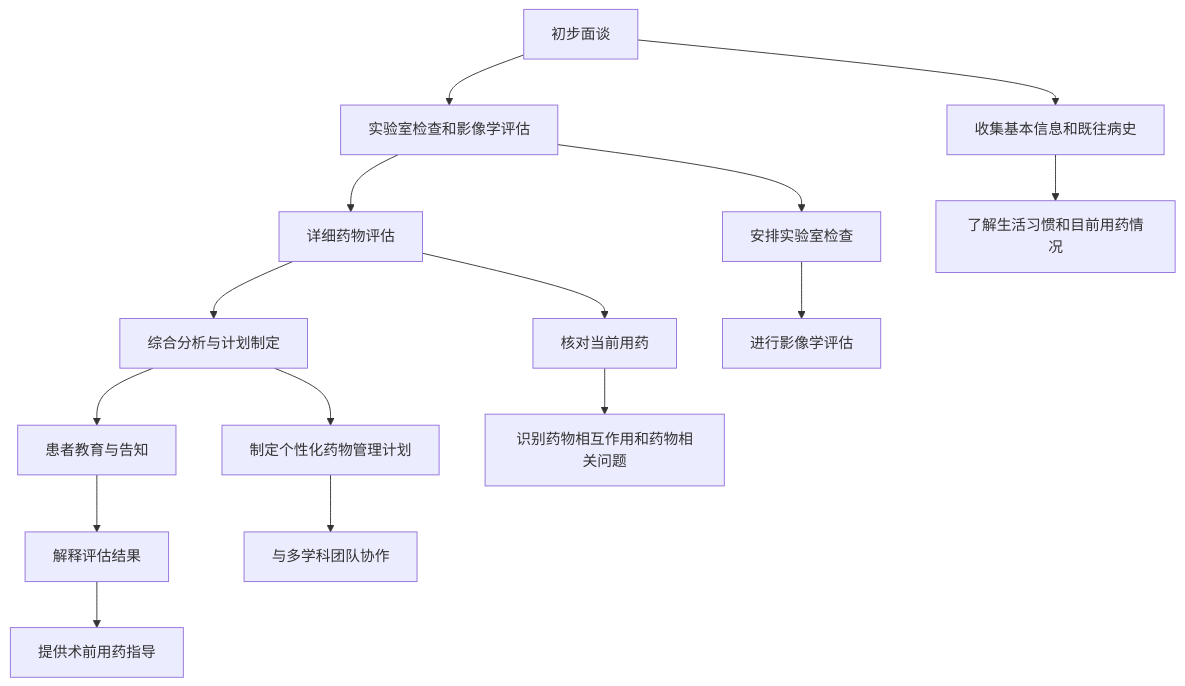
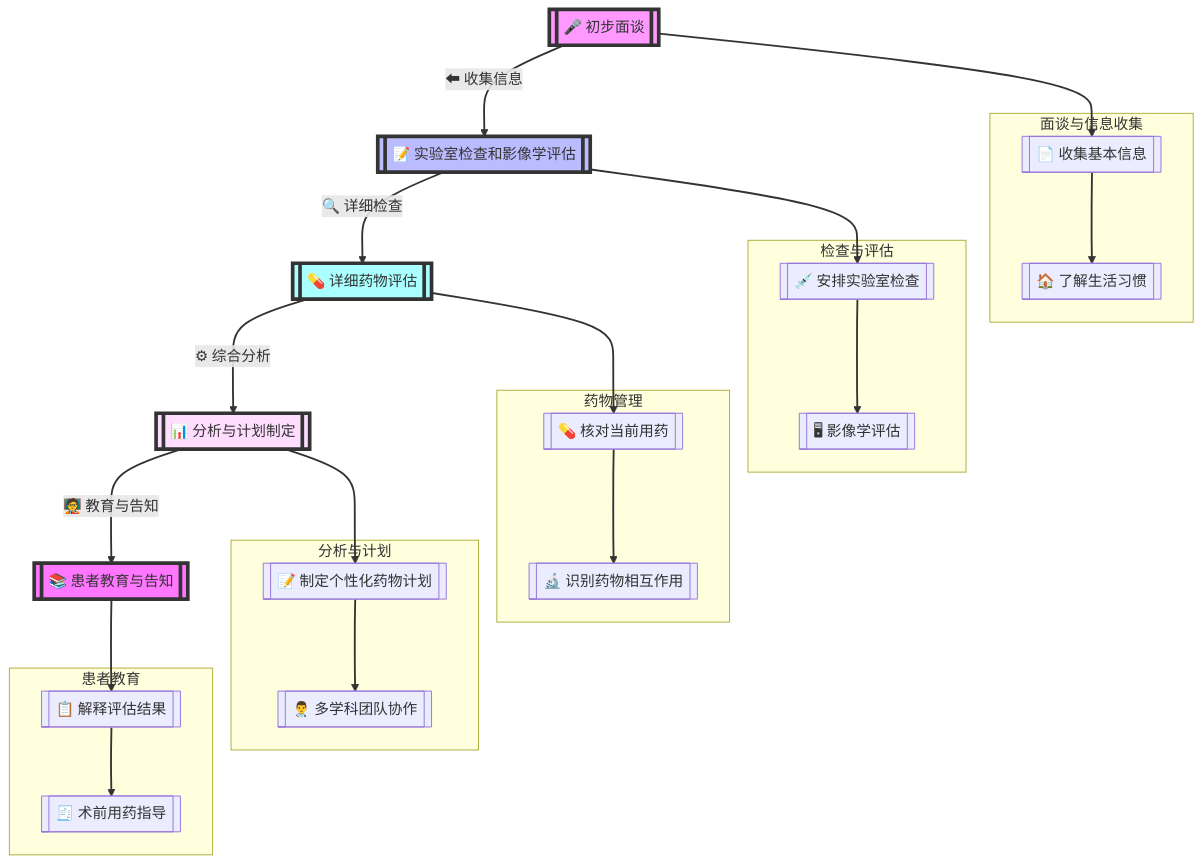
Before and after one commit to Jie-Wang001X/iodraw-files: the diagram in all/未命名.md, drawn with Mermaid.

Commit message:
2024-08-27 13:22:39 update

````diff
--- a/all/未命名.md
+++ b/all/未命名.md
@@ -1,23 +1,50 @@
 ```mermaid
-graph TD
-  A[初步面谈] --> B[实验室检查和影像学评估]
-  B --> C[详细药物评估]
-  C --> D[综合分析与计划制定]
-  D --> E[患者教育与告知]
+flowchart TD
+  A[[🎤 初步面谈]] -->|⬅ 收集信息| B[[📝 实验室检查和影像学评估]]
+  B -->|🔍 详细检查| C[[💊 详细药物评估]]
+  C -->|⚙ 综合分析| D[[📊 分析与计划制定]]
+  D -->|🧑‍🏫 教育与告知| E[[📚 患者教育与告知]]
   
-  A --> A1[收集基本信息和既往病史]
-  A1 --> A2[了解生活习惯和目前用药情况]
+  subgraph 面谈与信息收集
+    A1[[📄 收集基本信息]]
+    A2[[🏠 了解生活习惯]]
+  end
+  A --> A1
+  A1 --> A2
   
-  B --> B1[安排实验室检查]
-  B1 --> B2[进行影像学评估]
+  subgraph 检查与评估
+    B1[[💉 安排实验室检查]]
+    B2[[🖥 影像学评估]]
+  end
+  B --> B1
+  B1 --> B2
   
-  C --> C1[核对当前用药]
-  C1 --> C2[识别药物相互作用和药物相关问题]
+  subgraph 药物管理
+    C1[[💊 核对当前用药]]
+    C2[[🔬 识别药物相互作用]]
+  end
+  C --> C1
+  C1 --> C2
   
-  D --> D1[制定个性化药物管理计划]
-  D1 --> D2[与多学科团队协作]
+  subgraph 分析与计划
+    D1[[📝 制定个性化药物计划]]
+    D2[[👨‍⚕️ 多学科团队协作]]
+  end
+  D --> D1
+  D1 --> D2
+  
+  subgraph 患者教育
+    E1[[📋 解释评估结果]]
+    E2[[🧾 术前用药指导]]
+  end
+  E --> E1
+  E1 --> E2
 
-  E --> E1[解释评估结果]
-  E1 --> E2[提供术前用药指导]
+  style A fill:#f9f,stroke:#333,stroke-width:4px
+  style B fill:#bbf,stroke:#333,stroke-width:4px
+  style C fill:#aff,stroke:#333,stroke-width:4px
+  style D fill:#fdf,stroke:#333,stroke-width:4px
+  style E fill:#f7f,stroke:#333,stroke-width:4px
+  linkStyle default stroke:#333,stroke-width:2px
 
 ```
````
